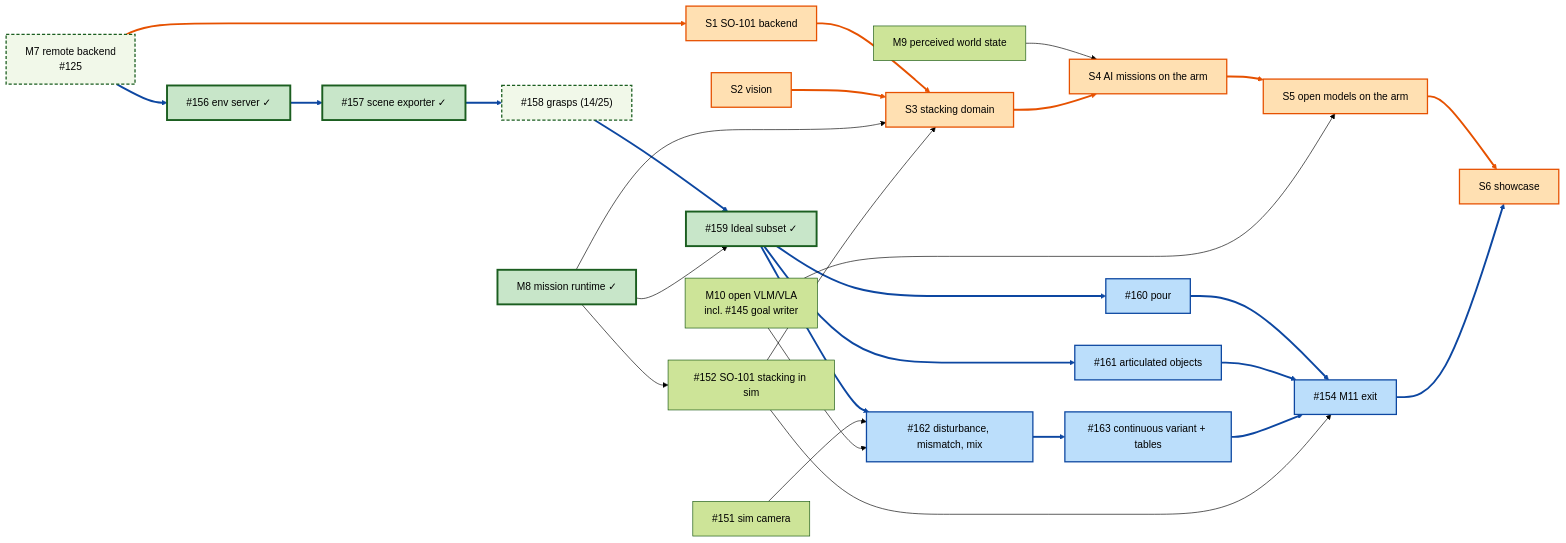
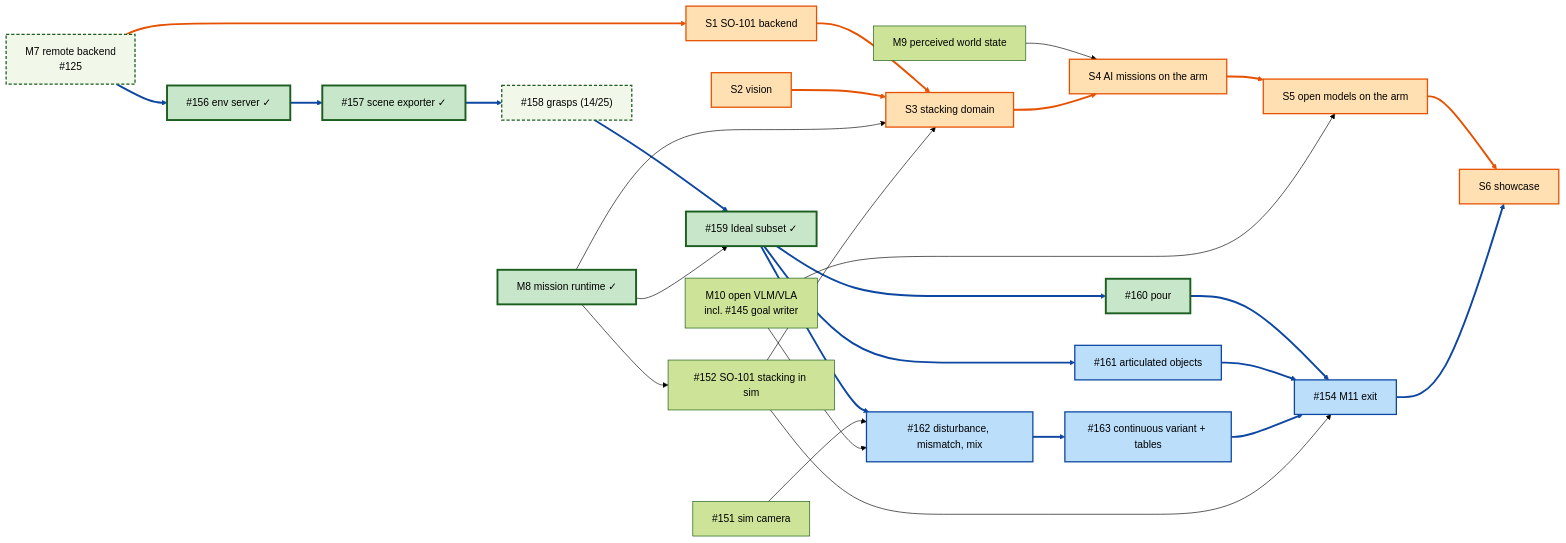
The diagram in docs/plans/roadmap.md (thanhndv212/long-tamp), drawn with Mermaid (forest theme) before and after one commit. The commit also changed other lines of this file and 2 other files, not shown here.

````diff
--- a/docs/plans/roadmap.md
+++ b/docs/plans/roadmap.md
@@ -171,61 +171,61 @@
 ```mermaid
 flowchart LR
   M7[M7 remote backend<br/>#125]
   M8[M8 mission runtime ✓]
   M9[M9 perceived world state]
   M10[M10 open VLM/VLA<br/>incl. #145 goal writer]
   CAM["#151 sim camera"]
   SIM["#152 SO-101 stacking in sim"]
   R1["#156 env server ✓"]
   R2["#157 scene exporter ✓"]
   R3["#158 grasps (14/25)"]
   R4["#159 Ideal subset ✓"]
   R5["#160 pour"]
   R6["#161 articulated objects"]
   R7["#162 disturbance, mismatch, mix"]
   R8["#163 continuous variant + tables"]
   X["#154 M11 exit"]
   S1[S1 SO-101 backend]
   S2[S2 vision]
   S3[S3 stacking domain]
   S4[S4 AI missions on the arm]
   S5[S5 open models on the arm]
   S6[S6 showcase]
   M7 --> R1
   R1 --> R2
   R2 --> R3
   R3 --> R4
   M8 --> R4
   R4 --> R5
   R4 --> R6
   R4 --> R7
   CAM --> R7
   M10 --> R7
   R7 --> R8
   R5 --> X
   R6 --> X
   R8 --> X
   M8 --> SIM
   SIM --> X
   M7 --> S1
   S1 --> S3
   S2 --> S3
   M8 --> S3
   SIM --> S3
   M9 --> S4
   S3 --> S4
   S4 --> S5
   M10 --> S5
   S5 --> S6
   X --> S6
   classDef hw fill:#ffe0b2,stroke:#e65100,stroke-width:2px,color:#000
   classDef bench fill:#bbdefb,stroke:#0d47a1,stroke-width:2px,color:#000
   class S1,S2,S3,S4,S5,S6 hw
   class R1,R2,R3,R4,R5,R6,R7,R8,X bench
   classDef done fill:#c8e6c9,stroke:#1b5e20,stroke-width:3px,color:#000
   classDef partial fill:#f1f8e9,stroke:#1b5e20,stroke-width:2px,stroke-dasharray:5 3,color:#000
-  class M8,R1,R2,R4 done
+  class M8,R1,R2,R4,R5 done
   class M7,R3 partial
   linkStyle 16,17,18,22,23,25 stroke:#e65100,stroke-width:3px
   linkStyle 0,1,2,3,5,6,7,10,11,12,13,26 stroke:#0d47a1,stroke-width:3px
 ```
````
